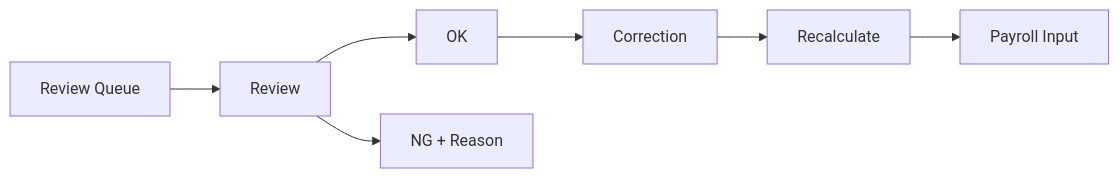
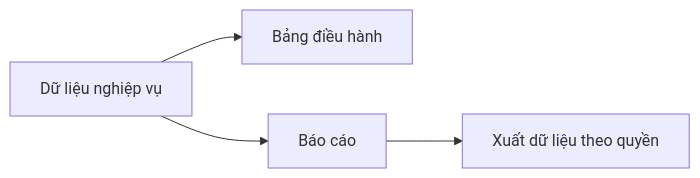
Diagram 13 of 15 in MÔ HÌNH/DOCUMENTATION/07_PRESENTATION.md (Nang0559/Reggister), drawn with Mermaid before and after one commit. The commit also changed other lines of this file and 256 other files, not shown here.

````diff
--- a/MÔ HÌNH/DOCUMENTATION/07_PRESENTATION.md
+++ b/MÔ HÌNH/DOCUMENTATION/07_PRESENTATION.md
@@ -477,9 +399,6 @@
 ```mermaid
 flowchart LR
-    QUEUE[Review Queue] --> REVIEW[Review]
-    REVIEW --> OK[OK]
-    REVIEW --> NG[NG + Reason]
-    OK --> CORR[Correction]
-    CORR --> CALC[Recalculate]
-    CALC --> PAY[Payroll Input]
+    A[Dữ liệu nghiệp vụ] --> B[Bảng điều hành]
+    A --> C[Báo cáo]
+    C --> D[Xuất dữ liệu theo quyền]
 ```
````
